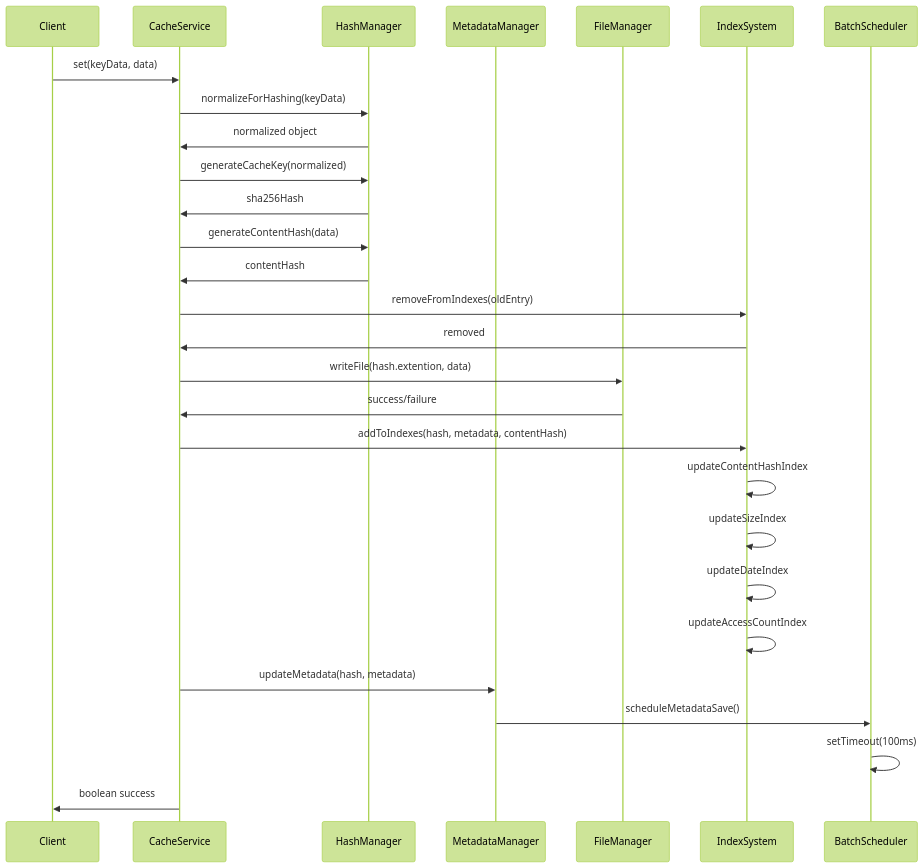
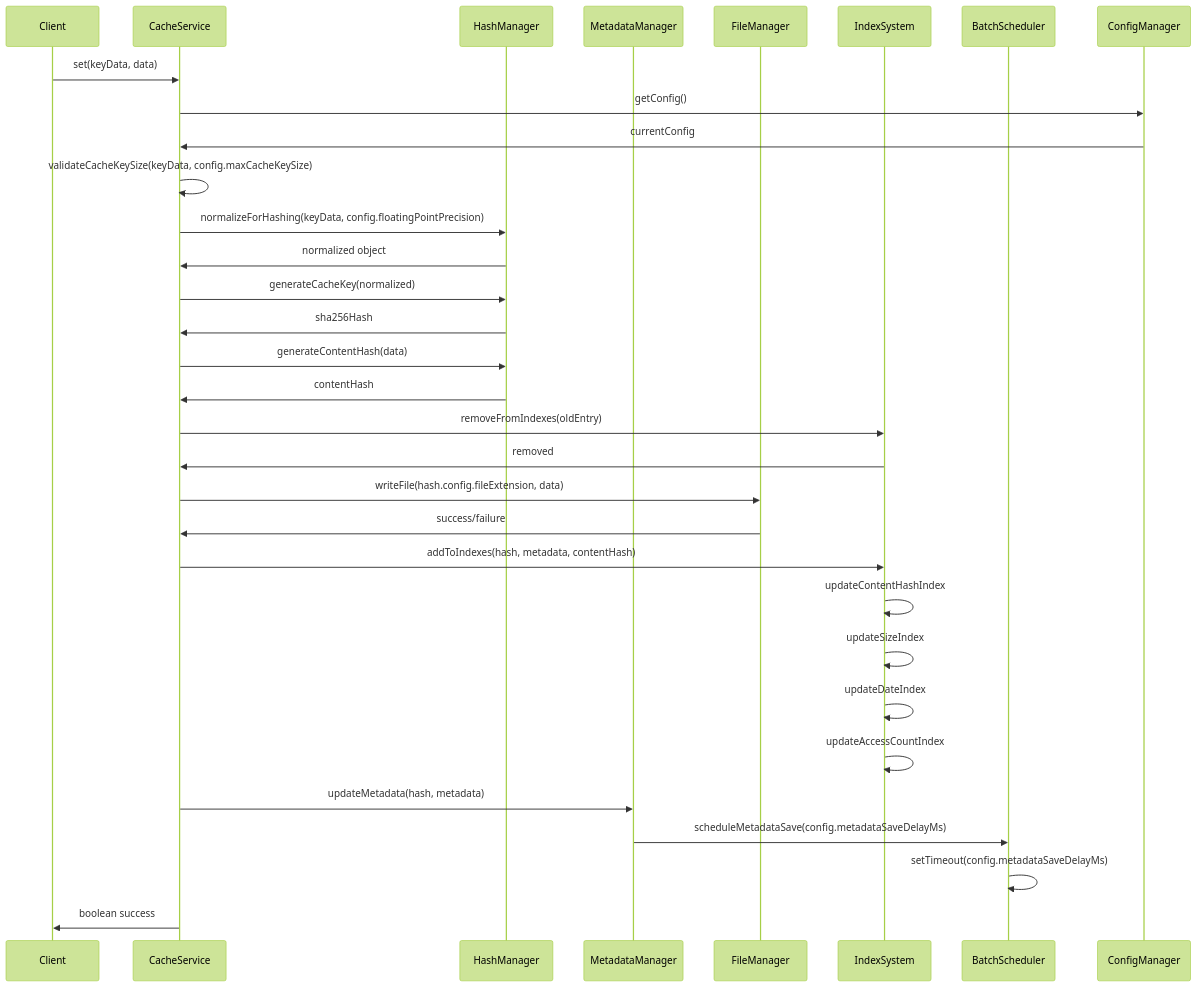
Before and after one commit to grMLEqomlkkU5Eeinz4brIrOVCUCkJuN/diskycache: the fourth of 18 diagrams in docs/operations.md, drawn with Mermaid (forest theme). The commit also changed other lines of this file and 11 other files, not shown here.

````diff
--- a/docs/operations.md
+++ b/docs/operations.md
@@ -13,37 +99,43 @@
 ```mermaid
 sequenceDiagram
     participant Client
     participant CacheService
     participant HashManager
     participant MetadataManager
     participant FileManager
     participant IndexSystem
     participant BatchScheduler
+    participant ConfigManager
 
     Client->>CacheService: set(keyData, data)
-    CacheService->>HashManager: normalizeForHashing(keyData)
+    CacheService->>ConfigManager: getConfig()
+    ConfigManager->>CacheService: currentConfig
+    
+    CacheService->>CacheService: validateCacheKeySize(keyData, config.maxCacheKeySize)
+    
+    CacheService->>HashManager: normalizeForHashing(keyData, config.floatingPointPrecision)
     HashManager->>CacheService: normalized object
     CacheService->>HashManager: generateCacheKey(normalized)
     HashManager->>CacheService: sha256Hash
     
     CacheService->>HashManager: generateContentHash(data)
     HashManager->>CacheService: contentHash
     
     CacheService->>IndexSystem: removeFromIndexes(oldEntry)
     IndexSystem->>CacheService: removed
     
-    CacheService->>FileManager: writeFile(hash.extention, data)
+    CacheService->>FileManager: writeFile(hash.config.fileExtension, data)
     FileManager->>CacheService: success/failure
     
     CacheService->>IndexSystem: addToIndexes(hash, metadata, contentHash)
     IndexSystem->>IndexSystem: updateContentHashIndex
     IndexSystem->>IndexSystem: updateSizeIndex
     IndexSystem->>IndexSystem: updateDateIndex
     IndexSystem->>IndexSystem: updateAccessCountIndex
     
     CacheService->>MetadataManager: updateMetadata(hash, metadata)
-    MetadataManager->>BatchScheduler: scheduleMetadataSave()
-    BatchScheduler->>BatchScheduler: setTimeout(100ms)
+    MetadataManager->>BatchScheduler: scheduleMetadataSave(config.metadataSaveDelayMs)
+    BatchScheduler->>BatchScheduler: setTimeout(config.metadataSaveDelayMs)
     
     CacheService->>Client: boolean success
 ```
````
